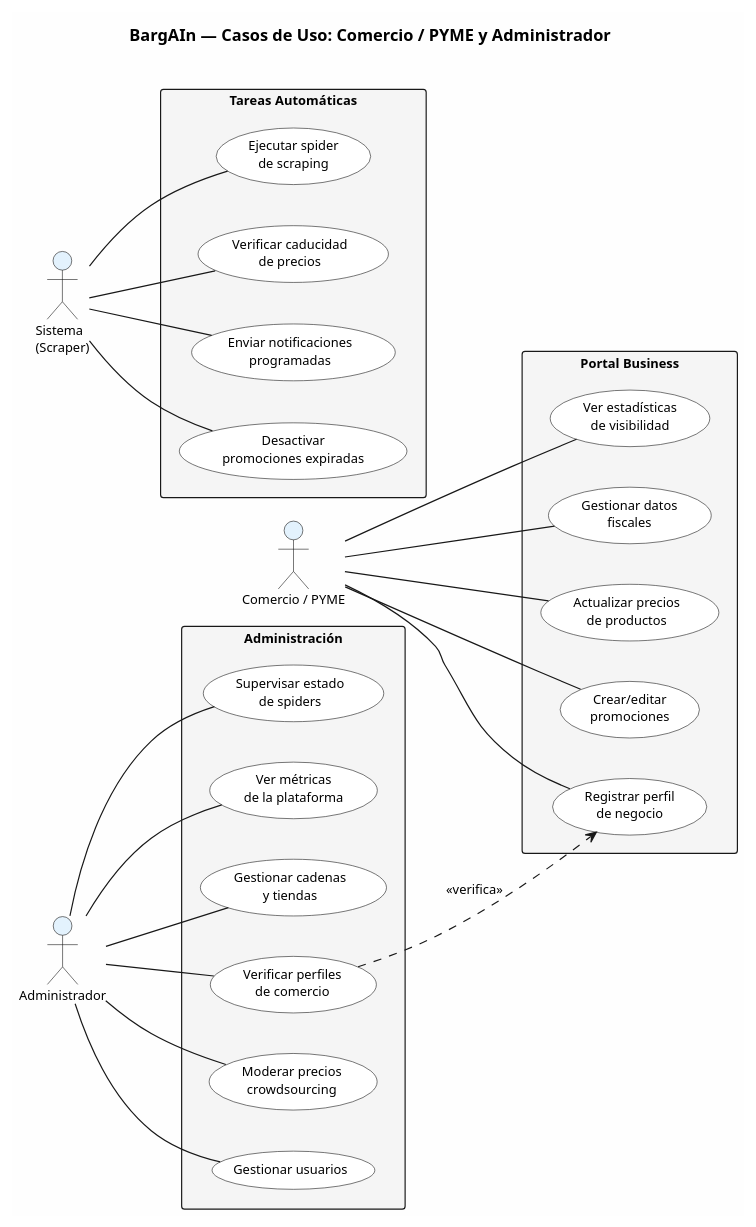
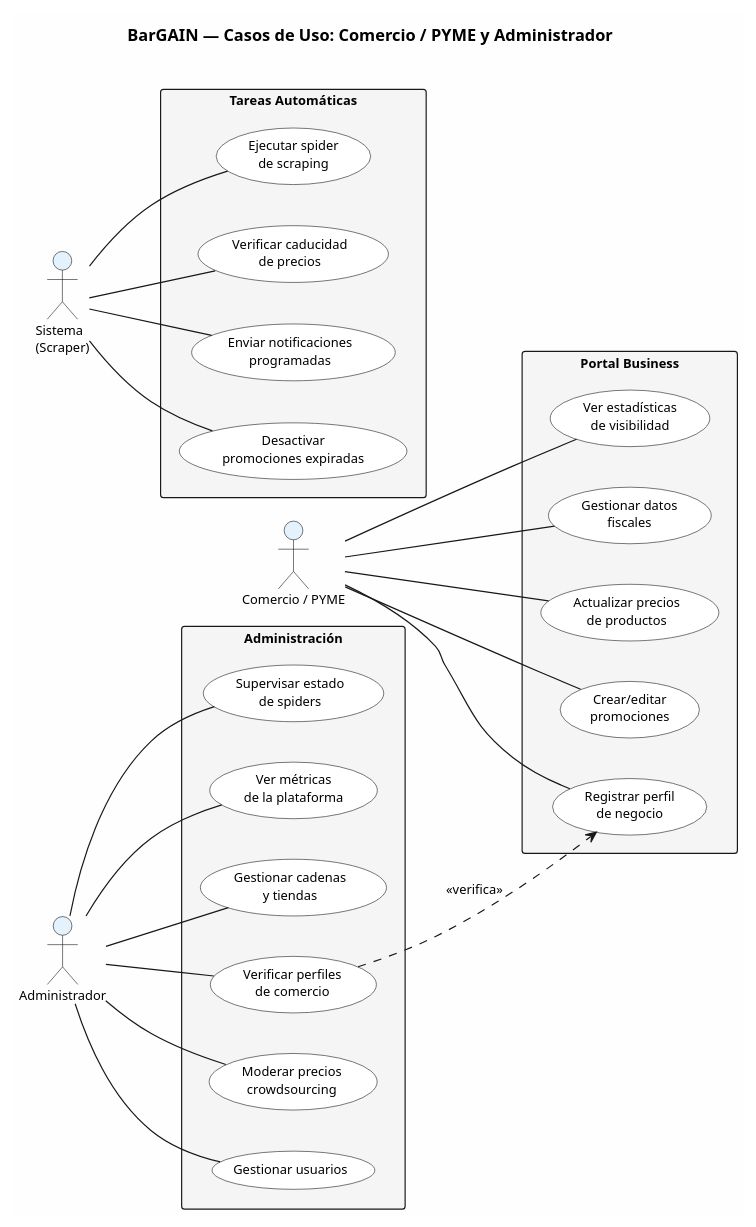
One commit to QHX0329/bargain-tfg changed the diagram in memoriaTFG/Plantilla TfG/diagramas/casos-uso/casos-uso-comercio-admin.puml. Above: the diagram before and after it, drawn with PlantUML. The commit also changed 196 other files, not shown here.

First line of the commit message:
refactor(marca): renombrar BargAIn a BarGAIN en todo el proyecto

```diff
--- a/memoriaTFG/Plantilla TfG/diagramas/casos-uso/casos-uso-comercio-admin.puml
+++ b/memoriaTFG/Plantilla TfG/diagramas/casos-uso/casos-uso-comercio-admin.puml
@@ -1,66 +1,66 @@
 @startuml casos-uso-comercio-admin
 skinparam backgroundColor #FEFEFE
 skinparam defaultFontName "Segoe UI"
 skinparam defaultFontSize 11
 skinparam shadowing false
 skinparam actorBackgroundColor #E3F2FD
 skinparam usecaseBackgroundColor #FFFFFF
 skinparam packageBackgroundColor #F5F5F5
 
-title **BargAIn — Casos de Uso: Comercio / PYME y Administrador**\n
+title **BarGAIN — Casos de Uso: Comercio / PYME y Administrador**\n
 
 left to right direction
 
 actor "Comercio / PYME" as business
 actor "Administrador" as admin
 actor "Sistema\n(Scraper)" as system
 
 rectangle "Portal Business" {
     usecase "Registrar perfil\nde negocio" as UB01
     usecase "Actualizar precios\nde productos" as UB02
     usecase "Crear/editar\npromociones" as UB03
     usecase "Ver estadísticas\nde visibilidad" as UB04
     usecase "Gestionar datos\nfiscales" as UB05
 }
 
 rectangle "Administración" {
     usecase "Gestionar cadenas\ny tiendas" as UA01
     usecase "Verificar perfiles\nde comercio" as UA02
     usecase "Moderar precios\ncrowdsourcing" as UA03
     usecase "Gestionar usuarios" as UA04
     usecase "Supervisar estado\nde spiders" as UA05
     usecase "Ver métricas\nde la plataforma" as UA06
 }
 
 rectangle "Tareas Automáticas" {
     usecase "Ejecutar spider\nde scraping" as US01
     usecase "Verificar caducidad\nde precios" as US02
     usecase "Enviar notificaciones\nprogramadas" as US03
     usecase "Desactivar\npromociones expiradas" as US04
 }
 
 ' Relaciones Business
 business -- UB01
 business -- UB02
 business -- UB03
 business -- UB04
 business -- UB05
 
 ' Relaciones Admin
 admin -- UA01
 admin -- UA02
 admin -- UA03
 admin -- UA04
 admin -- UA05
 admin -- UA06
 
 ' Relaciones Sistema
 system -- US01
 system -- US02
 system -- US03
 system -- US04
 
 ' Dependencias
 UA02 ..> UB01 : <<verifica>>
 
 @enduml
```
